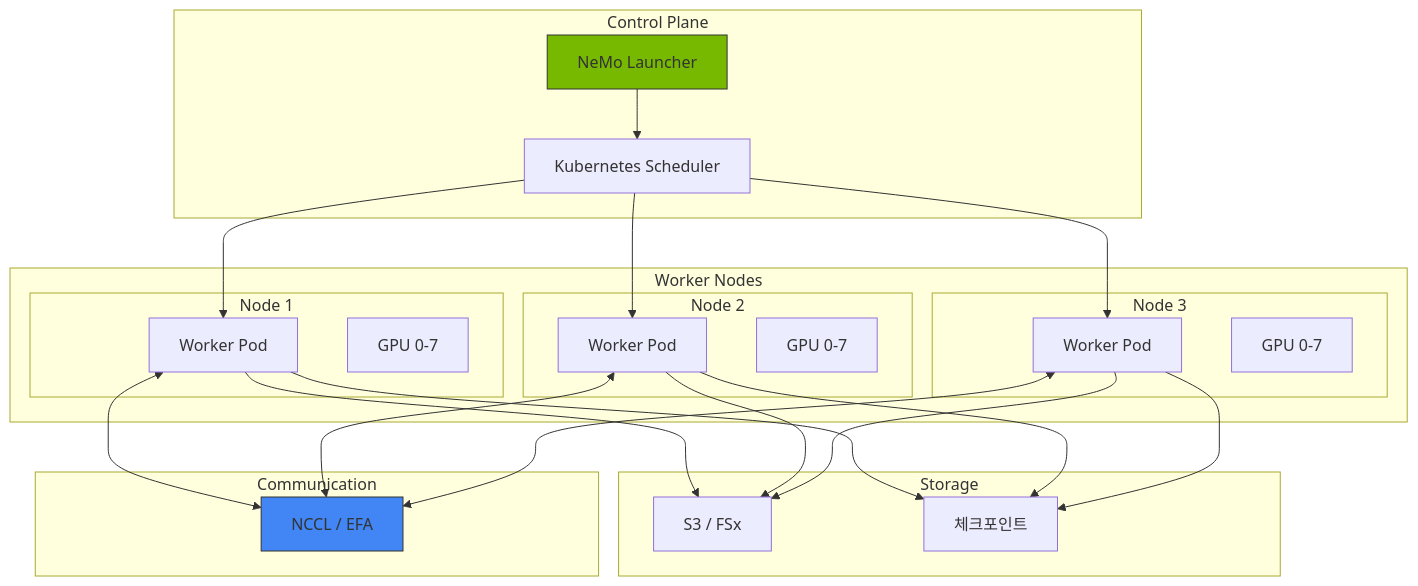
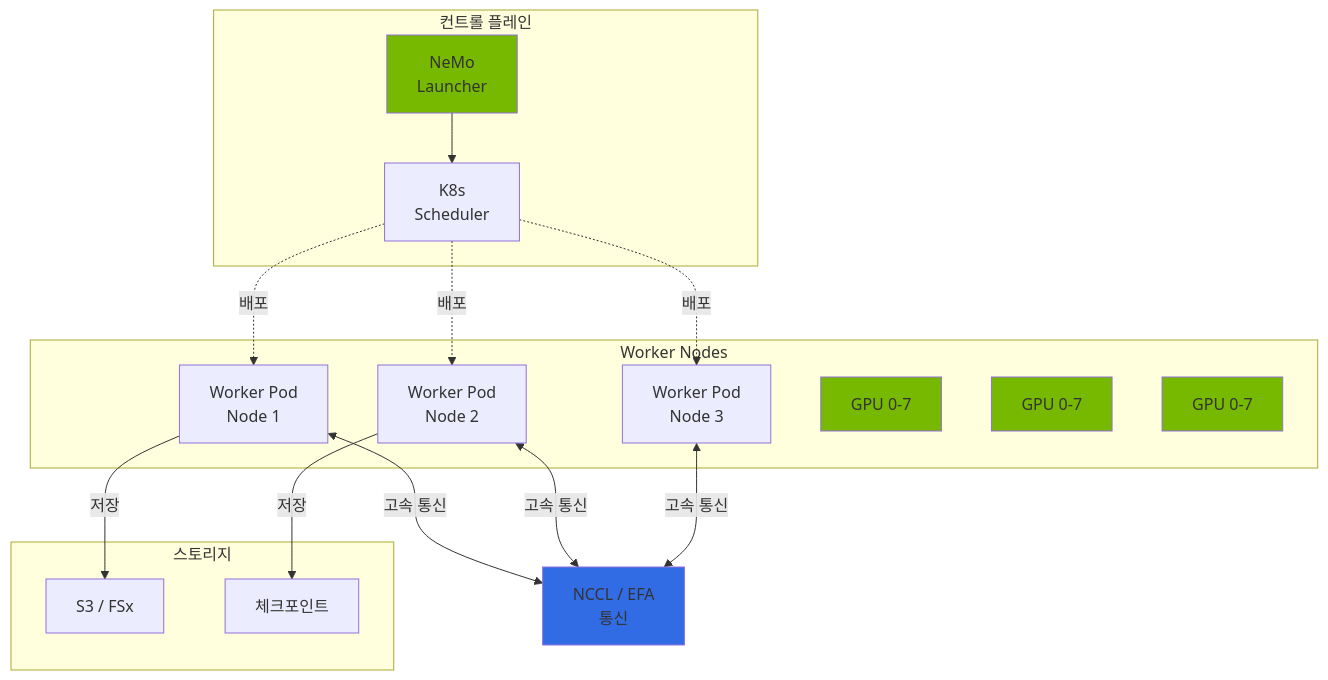
The second of 5 diagrams in docs/agentic-ai-platform/model-serving/nemo-framework.md (devfloor9/engineering-playbook), drawn with Mermaid before and after one commit. The commit also changed other lines of this file and 24 other files, not shown here.

````diff
--- a/docs/agentic-ai-platform/model-serving/nemo-framework.md
+++ b/docs/agentic-ai-platform/model-serving/nemo-framework.md
@@ -62,51 +60,41 @@
 ```mermaid
-graph TB
-    subgraph "Control Plane"
-        Launcher["NeMo Launcher"]
-        Scheduler["Kubernetes Scheduler"]
+flowchart TB
+    subgraph Control["컨트롤 플레인"]
+        Launcher[NeMo<br/>Launcher]
+        Scheduler[K8s<br/>Scheduler]
     end
-    
-    subgraph "Worker Nodes"
-        subgraph "Node 1"
-            W1["Worker Pod"]
-            G1["GPU 0-7"]
-        end
-        subgraph "Node 2"
-            W2["Worker Pod"]
-            G2["GPU 0-7"]
-        end
-        subgraph "Node 3"
-            W3["Worker Pod"]
-            G3["GPU 0-7"]
-        end
+
+    subgraph Workers["Worker Nodes"]
+        W1[Worker Pod<br/>Node 1]
+        W2[Worker Pod<br/>Node 2]
+        W3[Worker Pod<br/>Node 3]
+        G1[GPU 0-7]
+        G2[GPU 0-7]
+        G3[GPU 0-7]
     end
-    
-    subgraph "Storage"
-        S3["S3 / FSx"]
-        Checkpoint["체크포인트"]
+
+    subgraph Storage["스토리지"]
+        S3[S3 / FSx]
+        CP[체크포인트]
     end
-    
-    subgraph "Communication"
-        NCCL["NCCL / EFA"]
-    end
-    
+
+    NCCL[NCCL / EFA<br/>통신]
+
     Launcher --> Scheduler
-    Scheduler --> W1
-    Scheduler --> W2
-    Scheduler --> W3
-    
-    W1 <--> NCCL
-    W2 <--> NCCL
-    W3 <--> NCCL
-    
-    W1 --> S3
-    W2 --> S3
-    W3 --> S3
-    
-    W1 --> Checkpoint
-    W2 --> Checkpoint
-    W3 --> Checkpoint
-    
-    style Launcher fill:#76b900,stroke:#333
-    style NCCL fill:#4285f4,stroke:#333
+    Scheduler -.->|배포| W1
+    Scheduler -.->|배포| W2
+    Scheduler -.->|배포| W3
+
+    W1 <-->|고속 통신| NCCL
+    W2 <-->|고속 통신| NCCL
+    W3 <-->|고속 통신| NCCL
+
+    W1 -->|저장| S3
+    W2 -->|저장| CP
+
+    style Launcher fill:#76b900
+    style NCCL fill:#326ce5
+    style G1 fill:#76b900
+    style G2 fill:#76b900
+    style G3 fill:#76b900
 ```
````
